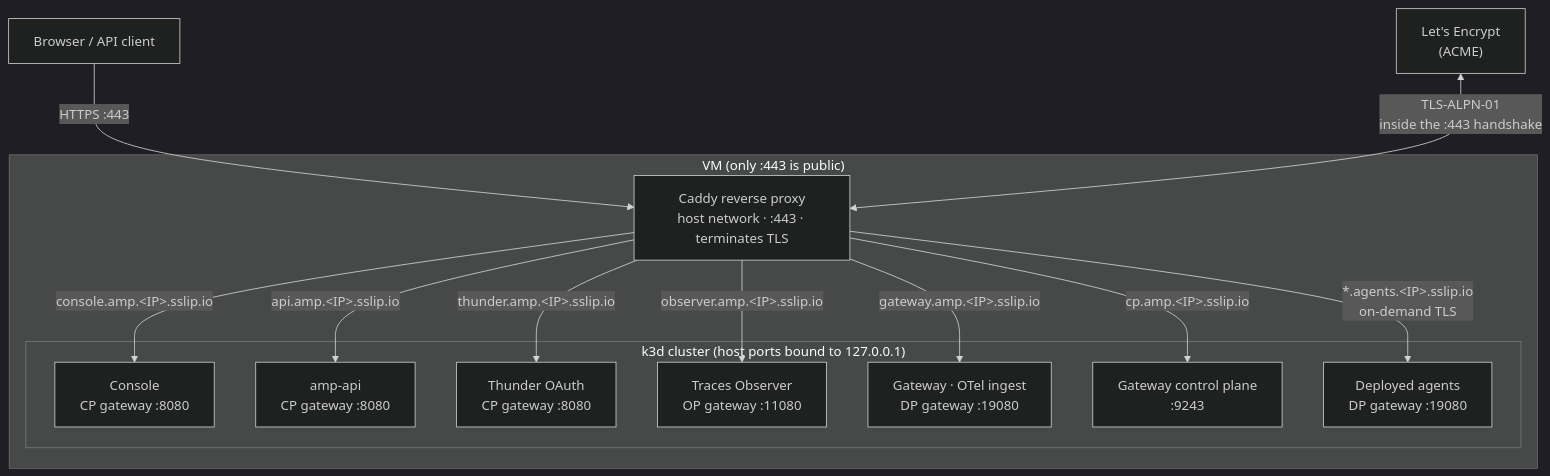
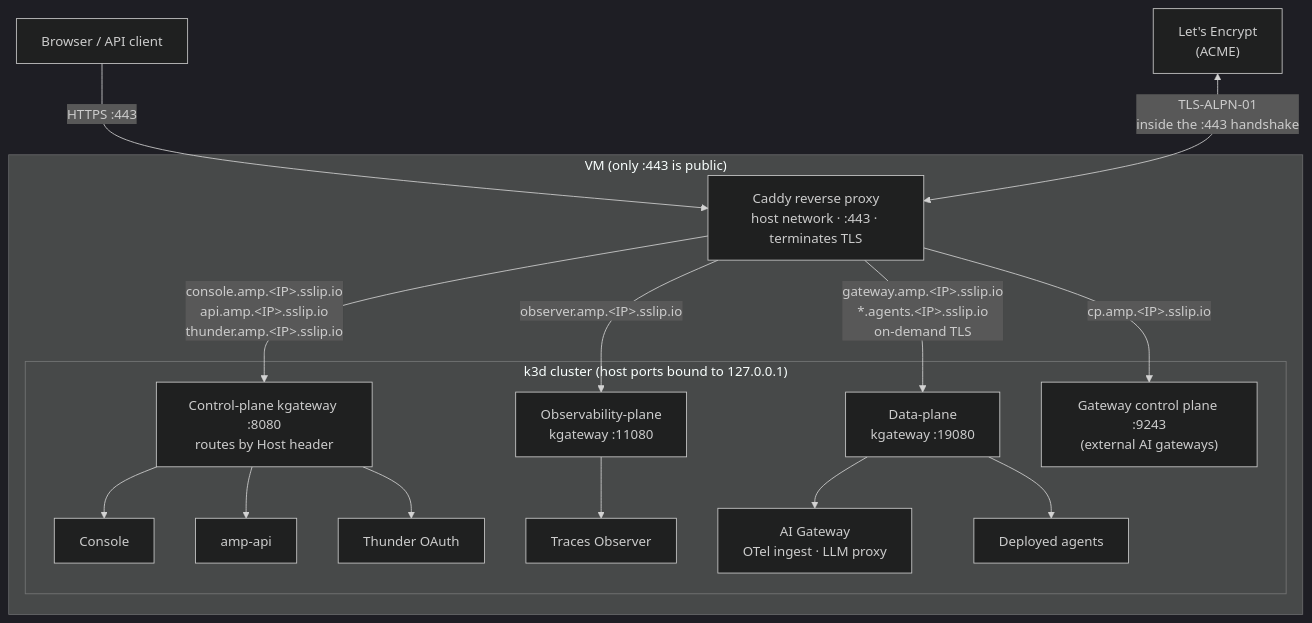
One commit to IsuruVithanage/docs-agent-platform changed the first of 2 diagrams in docs/getting-started/on-a-vm.mdx. Above: the diagram before and after it, drawn with Mermaid (dark theme).

Commit message:
Show kgateway hops in VM install diagram
The previous update only relabeled the service boxes, leaving
three nodes all reading "CP gateway :8080" as if they were
distinct listeners. Restructure the diagram to show the actual
hop chain: Caddy routes each public hostname to the matching
plane kgateway (8080/11080/19080) or the 9243 gateway control
plane, and the kgateways fan out to their ClusterIP backends.

The second diagram in the guide (DNS-01 certificate flow) does
not describe routing topology and needs no change.

````diff
--- a/docs/getting-started/on-a-vm.mdx
+++ b/docs/getting-started/on-a-vm.mdx
@@ -73,29 +73,36 @@
 ```mermaid
 flowchart TB
     browser["Browser / API client"]
     le["Let's Encrypt<br/>(ACME)"]
 
     subgraph vm["VM (only :443 is public)"]
         caddy["Caddy reverse proxy<br/>host network · :443 · terminates TLS"]
 
         subgraph k3d["k3d cluster (host ports bound to 127.0.0.1)"]
-            console["Console<br/>CP gateway :8080"]
-            api["amp-api<br/>CP gateway :8080"]
-            thunder["Thunder OAuth<br/>CP gateway :8080"]
-            observer["Traces Observer<br/>OP gateway :11080"]
-            gw["Gateway · OTel ingest<br/>DP gateway :19080"]
-            cp["Gateway control plane<br/>:9243"]
-            agents["Deployed agents<br/>DP gateway :19080"]
+            cpgw["Control-plane kgateway :8080<br/>routes by Host header"]
+            opgw["Observability-plane<br/>kgateway :11080"]
+            dpgw["Data-plane<br/>kgateway :19080"]
+            cp["Gateway control plane :9243<br/>(external AI gateways)"]
+
+            console["Console"]
+            api["amp-api"]
+            thunder["Thunder OAuth"]
+            observer["Traces Observer"]
+            gw["AI Gateway<br/>OTel ingest · LLM proxy"]
+            agents["Deployed agents"]
         end
     end
 
     browser -->|"HTTPS :443"| caddy
     le <-->|"TLS-ALPN-01<br/>inside the :443 handshake"| caddy
-    caddy -->|"console.amp.&lt;IP&gt;.sslip.io"| console
-    caddy -->|"api.amp.&lt;IP&gt;.sslip.io"| api
-    caddy -->|"thunder.amp.&lt;IP&gt;.sslip.io"| thunder
-    caddy -->|"observer.amp.&lt;IP&gt;.sslip.io"| observer
-    caddy -->|"gateway.amp.&lt;IP&gt;.sslip.io"| gw
+    caddy -->|"console.amp.&lt;IP&gt;.sslip.io<br/>api.amp.&lt;IP&gt;.sslip.io<br/>thunder.amp.&lt;IP&gt;.sslip.io"| cpgw
+    caddy -->|"observer.amp.&lt;IP&gt;.sslip.io"| opgw
+    caddy -->|"gateway.amp.&lt;IP&gt;.sslip.io<br/>*.agents.&lt;IP&gt;.sslip.io<br/>on-demand TLS"| dpgw
     caddy -->|"cp.amp.&lt;IP&gt;.sslip.io"| cp
-    caddy -->|"*.agents.&lt;IP&gt;.sslip.io<br/>on-demand TLS"| agents
+    cpgw --> console
+    cpgw --> api
+    cpgw --> thunder
+    opgw --> observer
+    dpgw --> gw
+    dpgw --> agents
 ```
````
